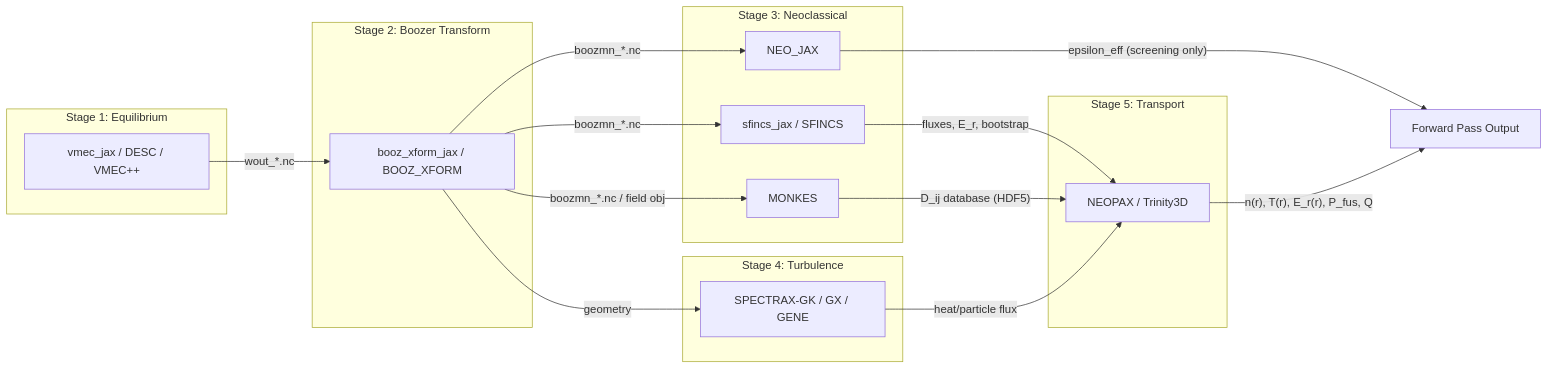
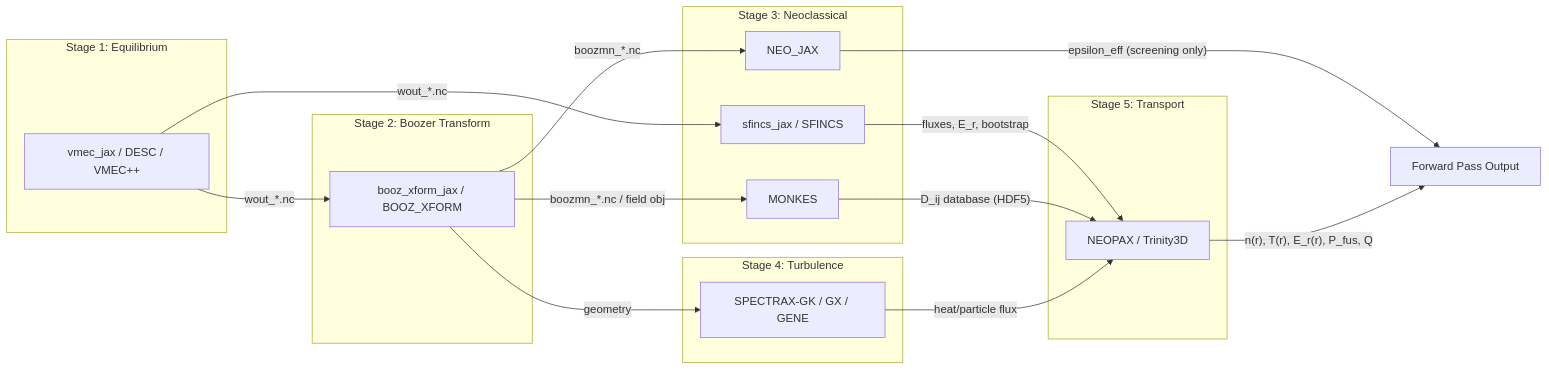
The diagram in docs/architecture.md (matthewfeickert/StellaForge), drawn with Mermaid before and after one commit. The commit also changed other lines of this file and 4 other files, not shown here.

````diff
--- a/docs/architecture.md
+++ b/docs/architecture.md
@@ -15,31 +15,31 @@
 ```mermaid
 graph LR
     subgraph "Stage 1: Equilibrium"
         EQ[vmec_jax / DESC / VMEC++]
     end
     subgraph "Stage 2: Boozer Transform"  
         BZ[booz_xform_jax / BOOZ_XFORM]
     end
     subgraph "Stage 3: Neoclassical"
         NEO[NEO_JAX]
         SF[sfincs_jax / SFINCS]
         MK[MONKES]
     end
     subgraph "Stage 4: Turbulence"
         TU[SPECTRAX-GK / GX / GENE]
     end
     subgraph "Stage 5: Transport"
         TR[NEOPAX / Trinity3D]
     end
 
     EQ -->|"wout_*.nc"| BZ
+    EQ -->|"wout_*.nc"| SF
     BZ -->|"boozmn_*.nc"| NEO
-    BZ -->|"boozmn_*.nc"| SF
     BZ -->|"boozmn_*.nc / field obj"| MK
     BZ -->|"geometry"| TU
     NEO -->|"epsilon_eff (screening only)"| OUT
     SF -->|"fluxes, E_r, bootstrap"| TR
     MK -->|"D_ij database (HDF5)"| TR
     TU -->|"heat/particle flux"| TR
     TR -->|"n(r), T(r), E_r(r), P_fus, Q"| OUT[Forward Pass Output]
 ```
````
